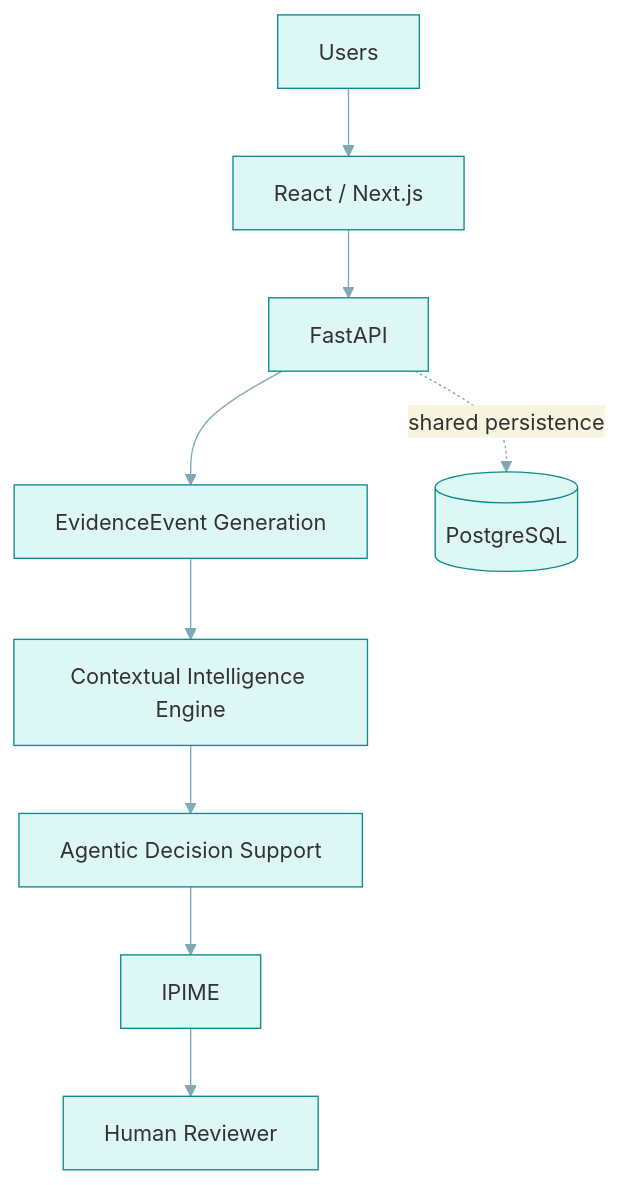
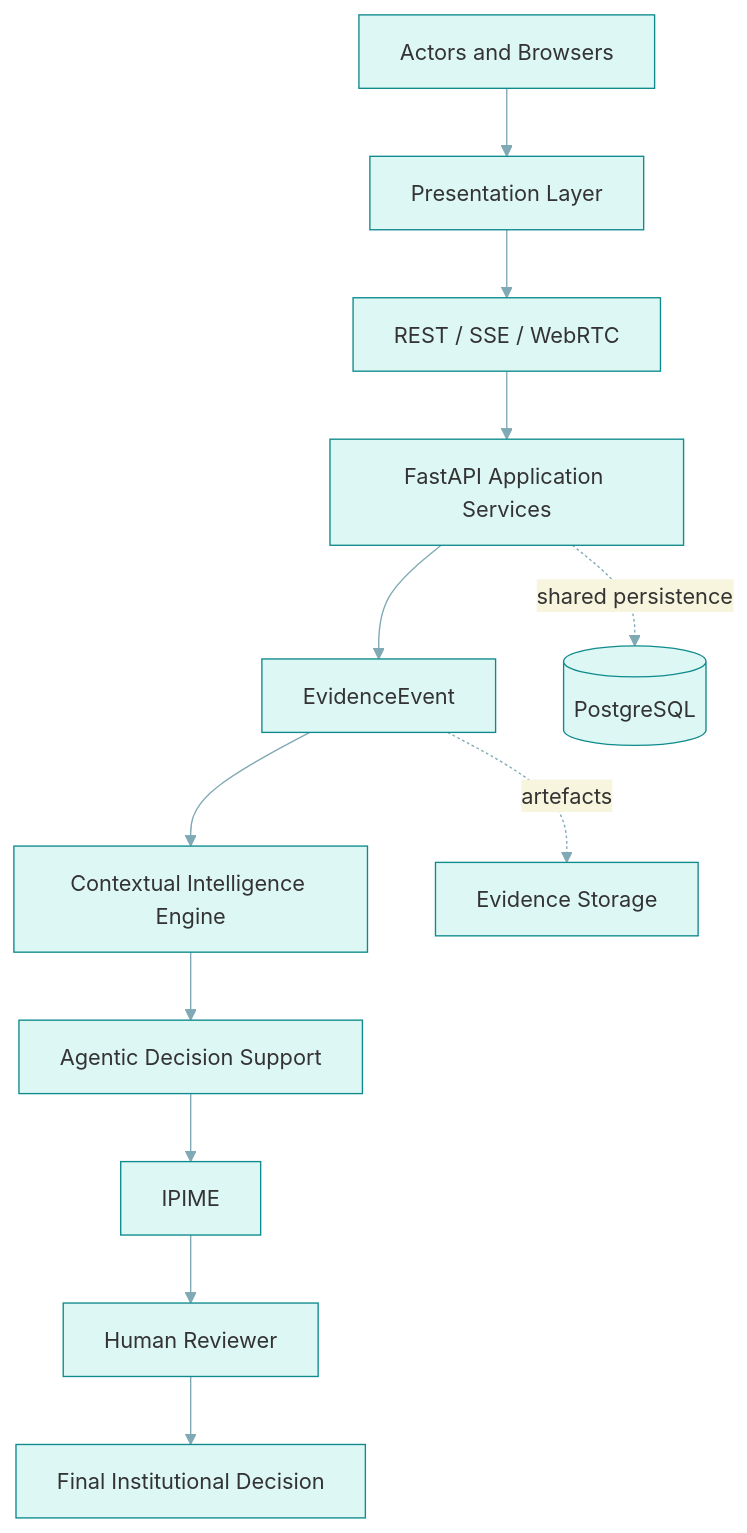
Before and after one commit to basil-emeokoro/SERPS: the diagram in docs/dissertation/chapter3/source/Figure3_3_Overall_System_Architecture_of_SERPS.mmd, drawn with Mermaid. The commit also changed 141 other files, not shown here.

Commit message:
docs(ch3): remediate diagram visual quality

```diff
--- a/docs/dissertation/chapter3/source/Figure3_3_Overall_System_Architecture_of_SERPS.mmd
+++ b/docs/dissertation/chapter3/source/Figure3_3_Overall_System_Architecture_of_SERPS.mmd
@@ -1,10 +1,13 @@
 %%{init: {'theme': 'base', 'themeVariables': {'primaryColor': '#DDF7F5', 'primaryBorderColor': '#0F8B8D', 'lineColor': '#7FA9B5', 'fontFamily': 'Segoe UI, Arial'}}}%%
 flowchart TB
-  Users --> Frontend[React / Next.js]
-  Frontend --> API[FastAPI]
-  API --> Evidence[EvidenceEvent Generation]
+  Actors[Actors and Browsers] --> Frontend[Presentation Layer]
+  Frontend --> Communication[REST / SSE / WebRTC]
+  Communication --> API[FastAPI Application Services]
+  API --> Evidence[EvidenceEvent]
   Evidence --> CIE[Contextual Intelligence Engine]
   CIE --> Agentic[Agentic Decision Support]
   Agentic --> IPIME
   IPIME --> Reviewer[Human Reviewer]
+  Reviewer --> Final[Final Institutional Decision]
   API -. shared persistence .-> DB[(PostgreSQL)]
+  Evidence -. artefacts .-> Storage[Evidence Storage]
```
